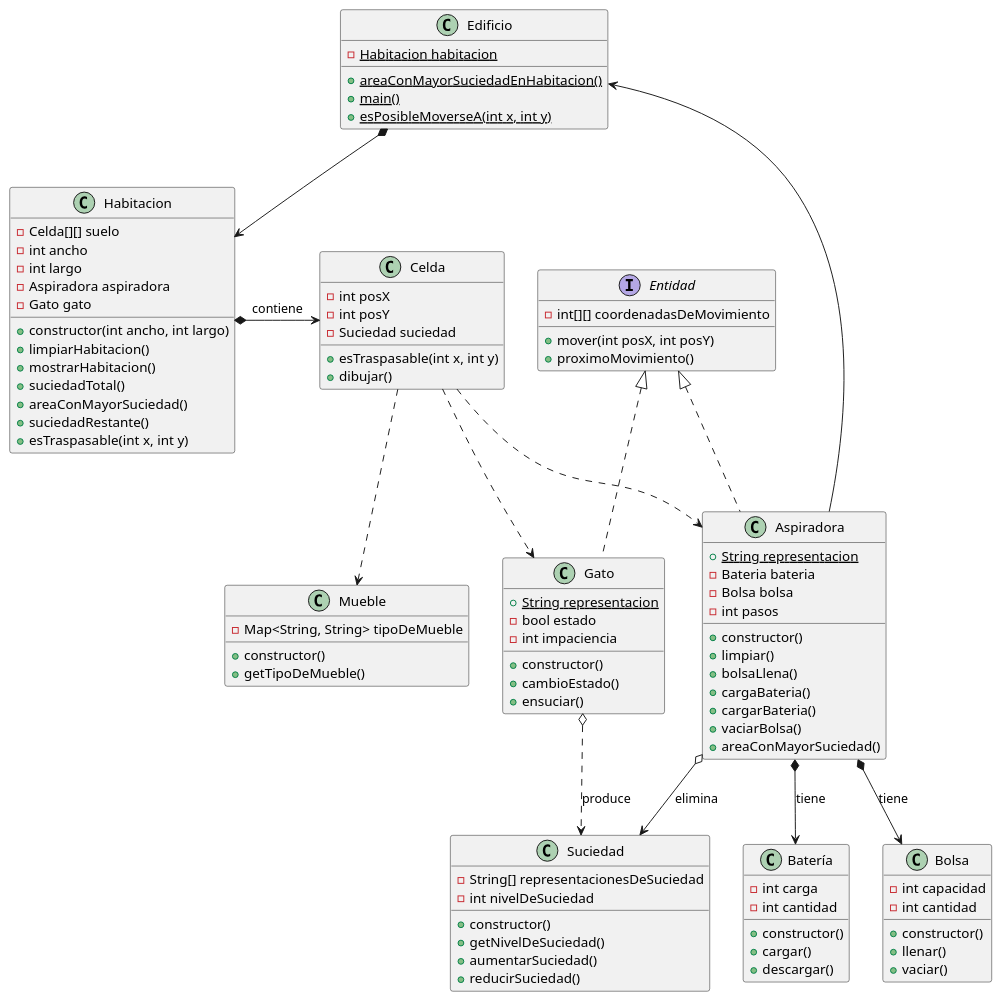
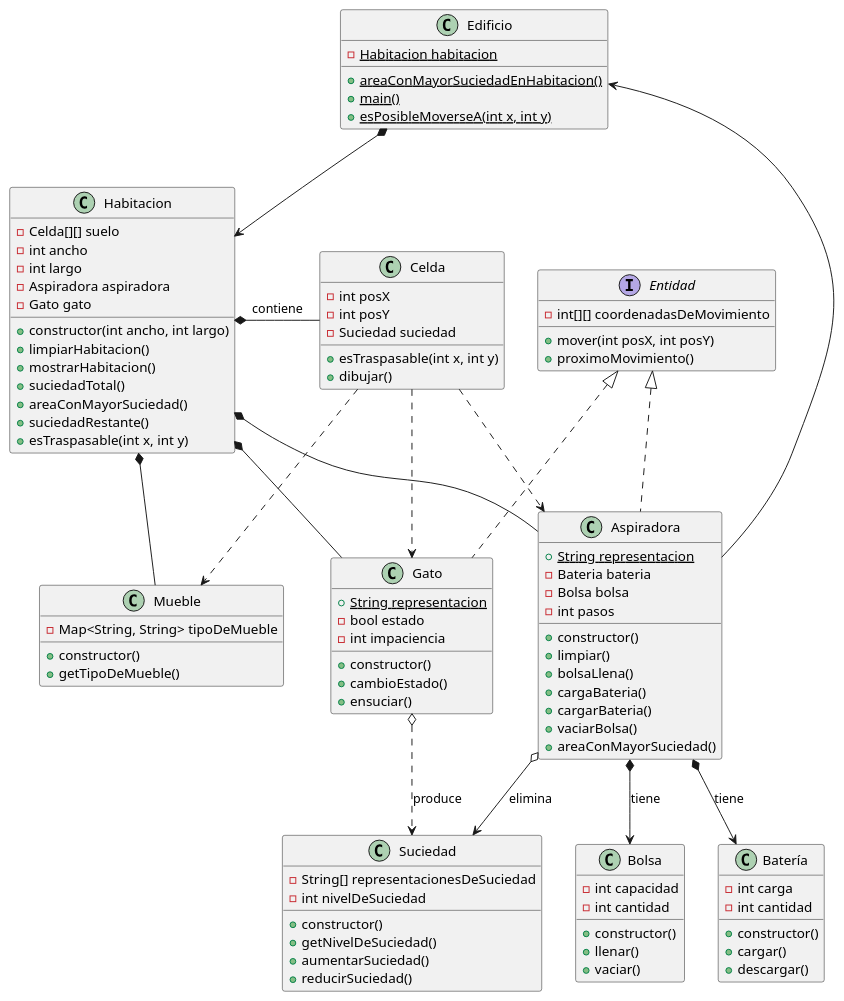
The diagram in docs/diagramaDeClases.plantuml (mmasias/idsw2), drawn with PlantUML before and after one commit. The commit also changed 3 other files, not shown here.

```diff
--- a/docs/diagramaDeClases.plantuml
+++ b/docs/diagramaDeClases.plantuml
@@ -1,109 +1,112 @@
 @startuml
 scale 1
 class Edificio
 {
     - {static} Habitacion habitacion
     + {static} areaConMayorSuciedadEnHabitacion()
     + {static} main()
     + {static} esPosibleMoverseA(int x, int y)
 }
 class Habitacion
 {
     - Celda[][] suelo
     - int ancho
     - int largo
     - Aspiradora aspiradora
     - Gato gato
     + constructor(int ancho, int largo)
     + limpiarHabitacion()
     + mostrarHabitacion()
     + suciedadTotal()
     + areaConMayorSuciedad()
     + suciedadRestante()
     + esTraspasable(int x, int y)
 }
 
 class Celda{
     - int posX
     - int posY
     - Suciedad suciedad
     + esTraspasable(int x, int y)
     + dibujar()
 }
 
 interface Entidad {
     - int[][] coordenadasDeMovimiento
     + mover(int posX, int posY)
     + proximoMovimiento()
 }
 class Aspiradora implements Entidad{
     + {static} String representacion
     - Bateria bateria
     - Bolsa bolsa
     - int pasos
     + constructor()
     + limpiar()
     + bolsaLlena()
     + cargaBateria()
     + cargarBateria()
     + vaciarBolsa()
     + areaConMayorSuciedad()
 }
 
 class Gato implements Entidad{
     + {static} String representacion
     - bool estado
     - int impaciencia
     + constructor()
     + cambioEstado()
     + ensuciar()
 }
 class Mueble{
     - Map<String, String> tipoDeMueble
     + constructor()
     + getTipoDeMueble()
 }
 
 class Suciedad {
     - String[] representacionesDeSuciedad
     - int nivelDeSuciedad
     + constructor()
     + getNivelDeSuciedad()
     + aumentarSuciedad()
     + reducirSuciedad()
 }
 
 class Batería{
     - int carga
     - int cantidad
     + constructor()
     + cargar()
     + descargar()
 }
 
 class Bolsa{
     - int capacidad
     - int cantidad
     + constructor()
     + llenar()
     + vaciar()
 }
 
 
 Edificio *--> Habitacion
 
-Habitacion *-r-> Celda : contiene
+Habitacion *-r- Celda : contiene
+Habitacion *-- Mueble
+Habitacion *-- Gato
+Habitacion *-- Aspiradora
 
 Celda ..> Aspiradora
 Celda ..> Gato
 Celda ..> Mueble
 
 Aspiradora o--> Suciedad : elimina
 Aspiradora *-d-> Bolsa : tiene
 Aspiradora *-d-> Batería : tiene
 Aspiradora -u-> Edificio
 
 
 Gato o..> Suciedad : produce
 
 @enduml
```
